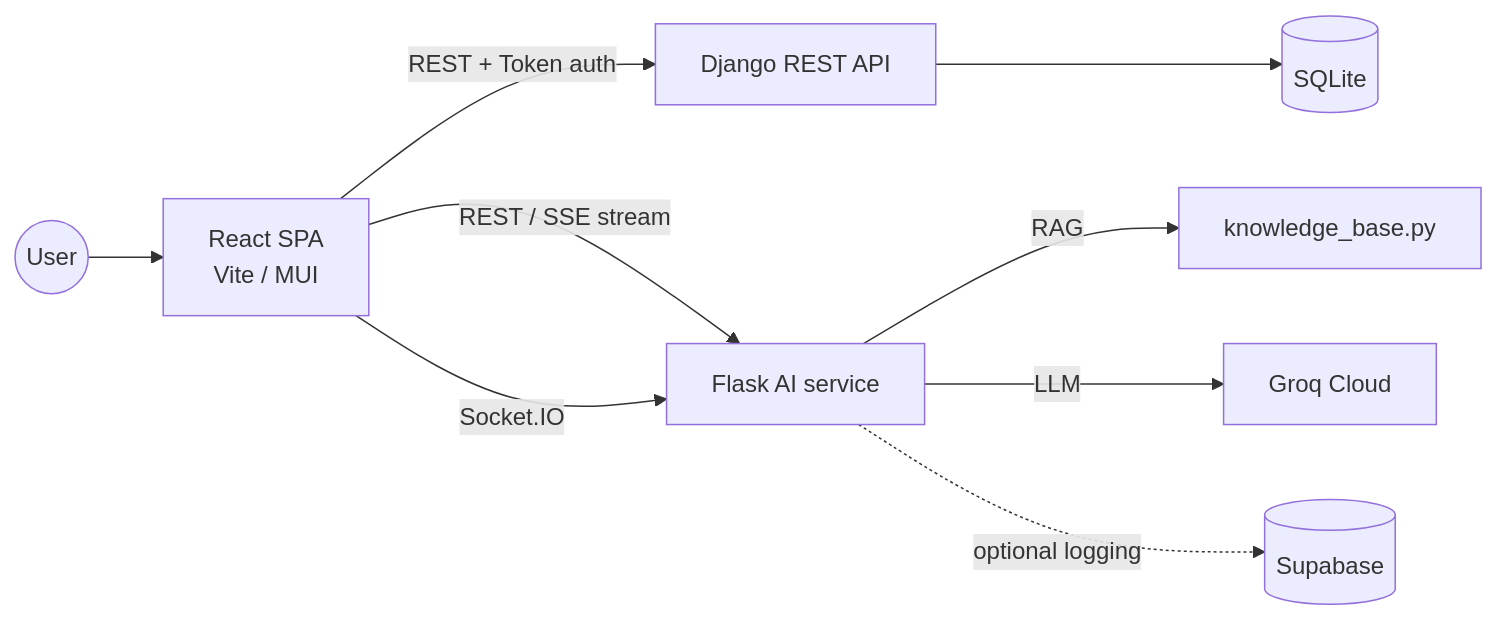
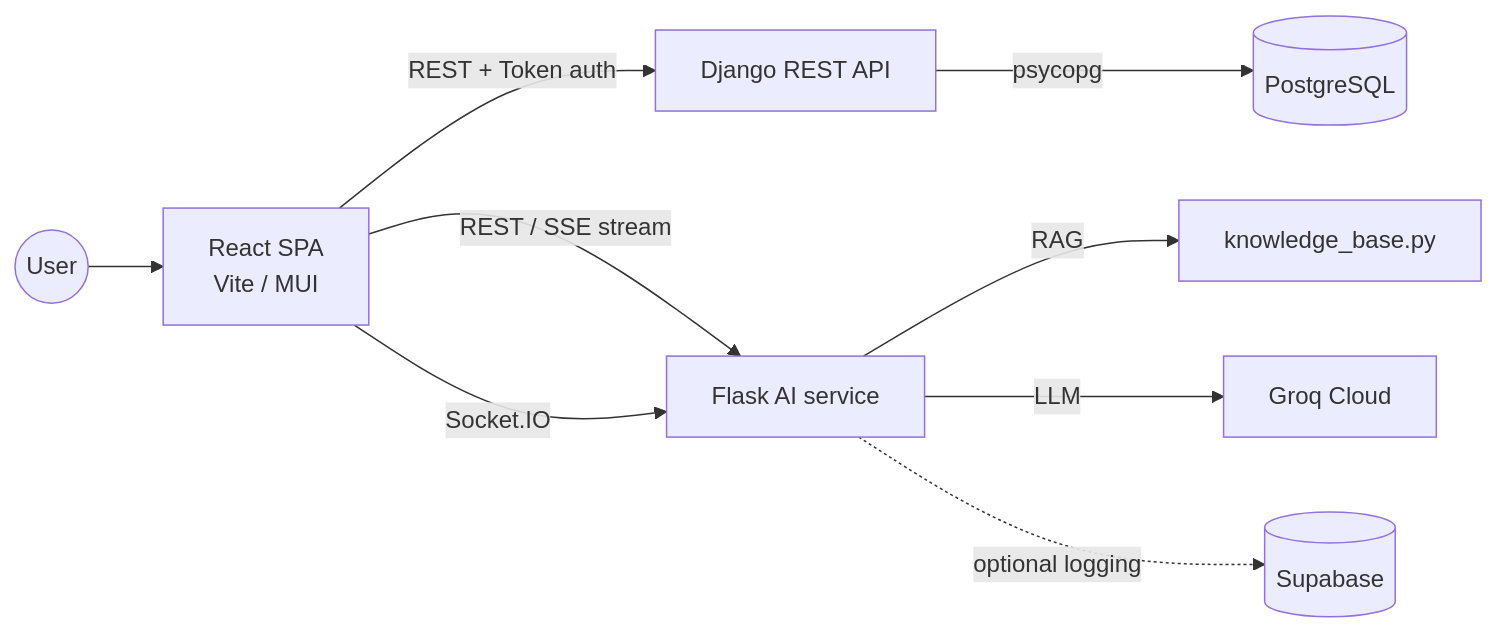
One commit to kritiup/YatruSathi-with-devops changed the diagram in README.md. Above: the diagram before and after it, drawn with Mermaid. The commit also changed other lines of this file and 26 other files, not shown here.

````diff
--- a/README.md
+++ b/README.md
@@ -19,11 +30,11 @@
 ```mermaid
 flowchart LR
     User((User)) --> FE[React SPA<br/>Vite / MUI]
     FE -- REST + Token auth --> BE[Django REST API]
     FE -- REST / SSE stream --> AI[Flask AI service]
     FE -- Socket.IO --> AI
-    BE --> DB[(SQLite)]
+    BE -- psycopg --> DB[(PostgreSQL)]
     AI -- RAG --> KB[knowledge_base.py]
     AI -- LLM --> GROQ[Groq Cloud]
     AI -. optional logging .-> SB[(Supabase)]
 ```
````
